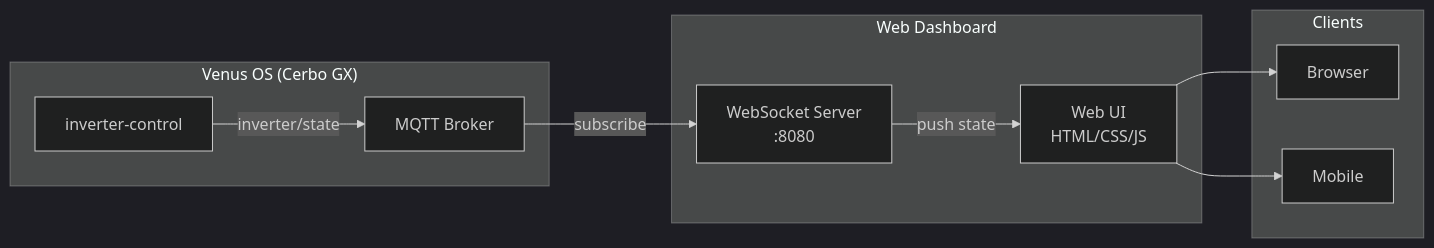
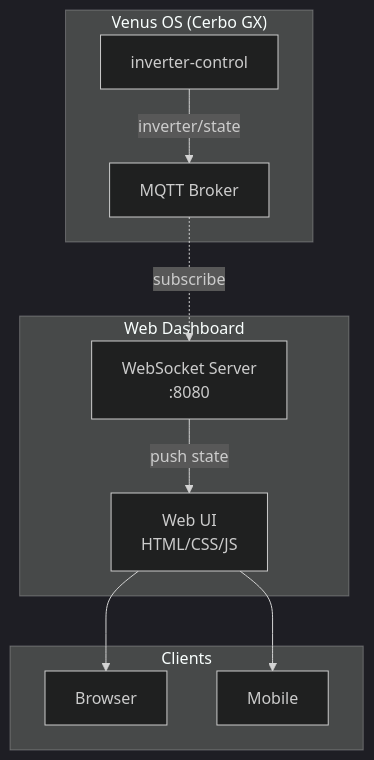
One commit to victron-venus/inverter-dashboard changed the first of 2 diagrams in README.md. Above: the diagram before and after it, drawn with Mermaid (dark theme). The commit also changed other lines of this file, not shown here.

````diff
--- a/README.md
+++ b/README.md
@@ -36,22 +36,22 @@
 ```mermaid
-flowchart LR
+flowchart TD
     subgraph Venus["Venus OS (Cerbo GX)"]
         INV["inverter-control"]
         MQTT["MQTT Broker"]
     end
 
     subgraph Dashboard["Web Dashboard"]
         WS["WebSocket Server<br/>:8080"]
         UI["Web UI<br/>HTML/CSS/JS"]
     end
 
     subgraph Clients["Clients"]
         BROWSER["Browser"]
         MOBILE["Mobile"]
     end
 
-    INV -->|"inverter/state"| MQTT
-    MQTT -->|"subscribe"| WS
-    WS -->|"push state"| UI
+    INV -->|inverter/state| MQTT
+    MQTT -.->|subscribe| WS
+    WS -->|push state| UI
     UI --> BROWSER & MOBILE
 ```
````
